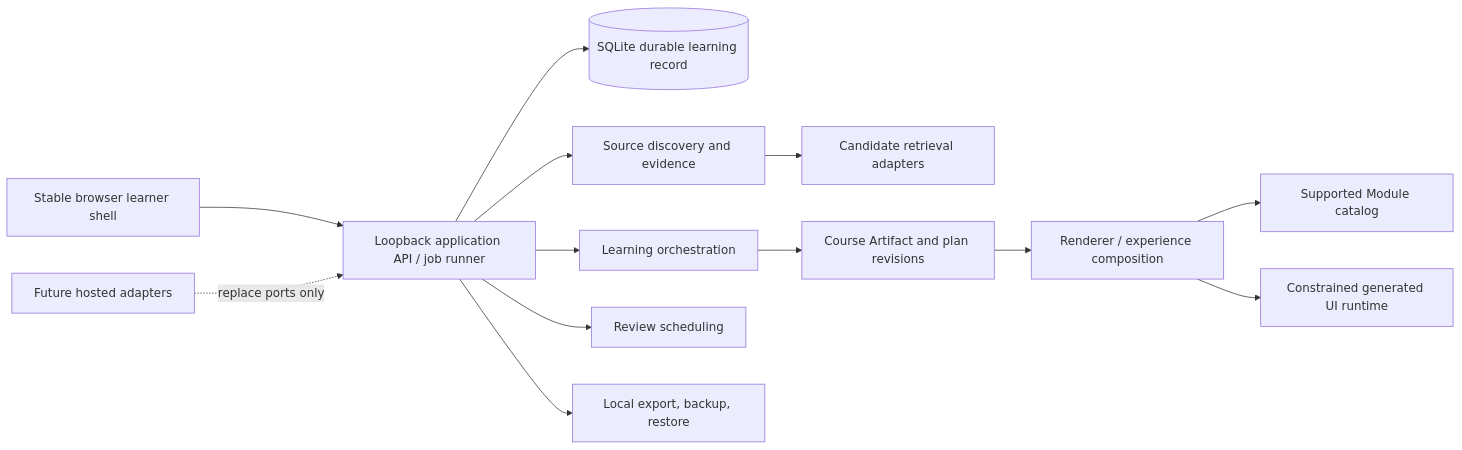
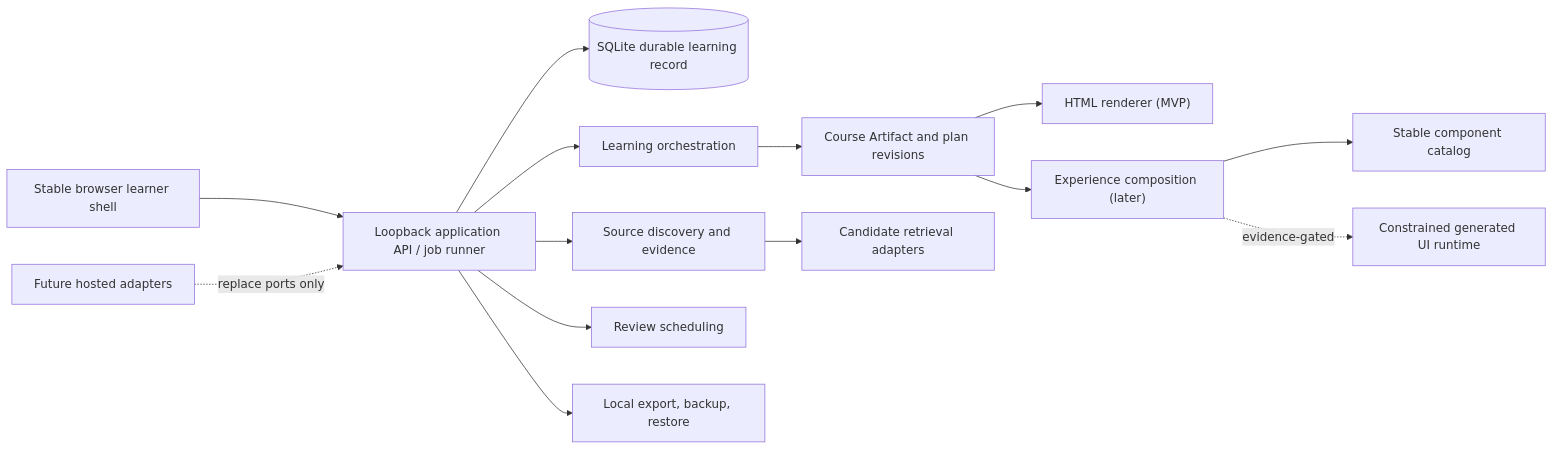
The second of 2 diagrams in docs/factory/Solution.md (Z-Lemke/OpenBook), drawn with Mermaid before and after one commit. The commit also changed other lines of this file and 1 other file, not shown here.

````diff
--- a/docs/factory/Solution.md
+++ b/docs/factory/Solution.md
@@ -62,15 +62,16 @@
 ```mermaid
 flowchart LR
   browser["Stable browser learner shell"] --> app["Loopback application API / job runner"]
   app --> record[("SQLite durable learning record")]
+  app --> learning["Learning orchestration"]
+  learning --> artifact["Course Artifact and plan revisions"]
+  artifact --> html["HTML renderer (MVP)"]
+  artifact --> composition["Experience composition (later)"]
+  composition --> catalog["Stable component catalog"]
+  composition -. evidence-gated .-> runtime["Constrained generated UI runtime"]
   app --> discovery["Source discovery and evidence"]
   discovery --> web["Candidate retrieval adapters"]
-  app --> learning["Learning orchestration"]
-  learning --> artifact["Course Artifact and plan revisions"]
-  artifact --> composition["Renderer / experience composition"]
-  composition --> catalog["Supported Module catalog"]
-  composition --> runtime["Constrained generated UI runtime"]
   app --> review["Review scheduling"]
   app --> ops["Local export, backup, restore"]
   future["Future hosted adapters"] -. replace ports only .-> app
 ```
````
